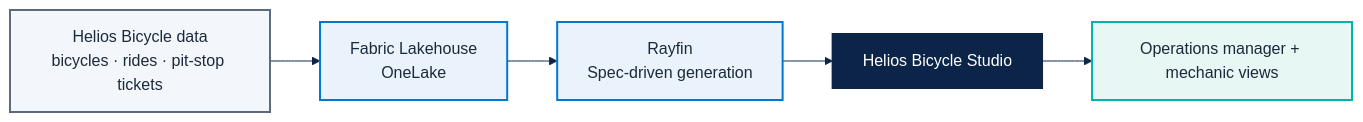
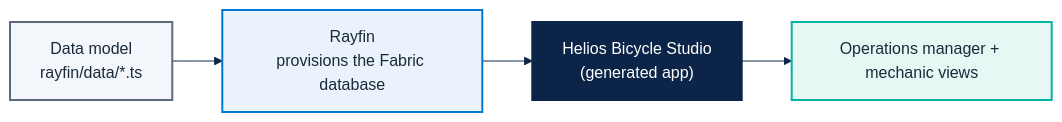
Before and after one commit to fredgis/FY27FabricMotion: the diagram in docs/microhack-1-business-apps-setup.md, drawn with Mermaid. The commit also changed other lines of this file and 4 other files, not shown here.

First line of the commit message:
docs: bring all /docs in sync (rewrite biz setup to the real Rayfin model, fix stale refs)

````diff
--- a/docs/microhack-1-business-apps-setup.md
+++ b/docs/microhack-1-business-apps-setup.md
@@ -10,22 +15,21 @@
 ```mermaid
 %%{init: {'theme':'base','themeVariables':{
   'primaryColor':'#EAF3FB',
   'primaryTextColor':'#1B2A3A',
   'primaryBorderColor':'#0078D4',
   'lineColor':'#0B2447',
   'secondaryColor':'#E6F7F4'
 }}}%%
 flowchart LR
-    D["Helios Bicycle data<br/>bicycles · rides · pit-stop tickets"] --> L["Fabric Lakehouse<br/>OneLake"]
-    L --> R["Rayfin<br/>Spec-driven generation"]
-    R --> A["Helios Bicycle Studio"]
+    DM["Data model<br/>rayfin/data/*.ts"] --> RP["Rayfin<br/>provisions the Fabric database"]
+    RP --> A["Helios Bicycle Studio<br/>(generated app)"]
     A --> U["Operations manager + mechanic views"]
-    classDef src fill:#F3F7FB,stroke:#5B6B7B,color:#1B2A3A,stroke-width:2px;
+    classDef model fill:#F3F7FB,stroke:#5B6B7B,color:#1B2A3A,stroke-width:2px;
     classDef fab fill:#EAF3FB,stroke:#0078D4,color:#1B2A3A,stroke-width:2px;
     classDef app fill:#0B2447,stroke:#0B2447,color:#FFFFFF,stroke-width:2px;
     classDef usr fill:#E6F7F4,stroke:#00B4A6,color:#1B2A3A,stroke-width:2px;
-    class D src;
-    class L,R fab;
+    class DM model;
+    class RP fab;
     class A app;
     class U usr;
 ```
````
